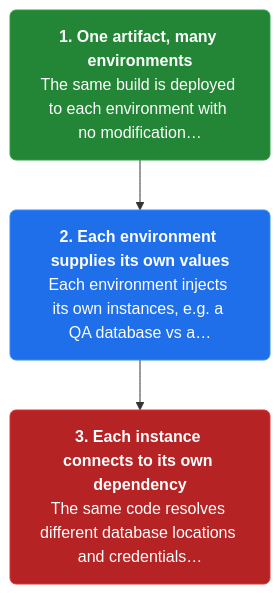
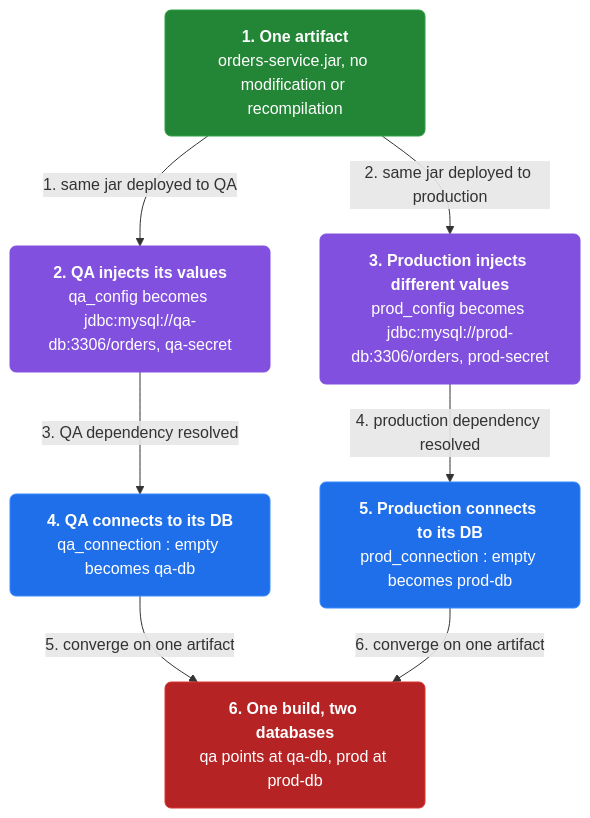
The second of 3 diagrams in docs/ch29-externalized-configuration.md (vinayakuber/microservices-io-study-guide), drawn with Mermaid before and after one commit. The commit also changed other lines of this file and 46 other files, not shown here.

First line of the commit message:
Author rich branching flow diagrams for all 44 chapters

````diff
--- a/docs/ch29-externalized-configuration.md
+++ b/docs/ch29-externalized-configuration.md
@@ -50,11 +58,20 @@
 ```mermaid
 flowchart TD
-  classDef step fill:#1f6feb,color:#ffffff,stroke:#388bfd,stroke-width:1px,rx:6
+  classDef step fill:#1f6feb,color:#ffffff,stroke:#388bfd,rx:6
+  classDef core fill:#8250df,color:#ffffff,stroke:#8250df,rx:6
+  classDef warn fill:#d29922,color:#ffffff,stroke:#d29922,rx:6
   classDef start fill:#238636,color:#ffffff,stroke:#2ea043,rx:6
   classDef stop fill:#b62324,color:#ffffff,stroke:#da3633,rx:6
-  s1n0["<b>1. One artifact, many environments</b><br/>The same build is deployed to each environment with no modification…"]:::start
-  s1n1["<b>2. Each environment supplies its own values</b><br/>Each environment injects its own instances, e.g. a QA database vs a…"]:::step
-  s1n2["<b>3. Each instance connects to its own dependency</b><br/>The same code resolves different database locations and credentials…"]:::stop
-  s1n0 --> s1n1
-  s1n1 --> s1n2
+  n0["<b>1. One artifact</b><br/>orders-service.jar, no modification or recompilation"]:::start
+  n1["<b>2. QA injects its values</b><br/>qa_config becomes jdbc:mysql://qa-db:3306/orders, qa-secret"]:::core
+  n2["<b>3. Production injects different values</b><br/>prod_config becomes jdbc:mysql://prod-db:3306/orders, prod-secret"]:::core
+  n3["<b>4. QA connects to its DB</b><br/>qa_connection : empty becomes qa-db"]:::step
+  n4["<b>5. Production connects to its DB</b><br/>prod_connection : empty becomes prod-db"]:::step
+  n5["<b>6. One build, two databases</b><br/>qa points at qa-db, prod at prod-db"]:::stop
+  n0 -->|"1. same jar deployed to QA"| n1
+  n0 -->|"2. same jar deployed to production"| n2
+  n1 -->|"3. QA dependency resolved"| n3
+  n2 -->|"4. production dependency resolved"| n4
+  n3 -->|"5. converge on one artifact"| n5
+  n4 -->|"6. converge on one artifact"| n5
 ```
````
